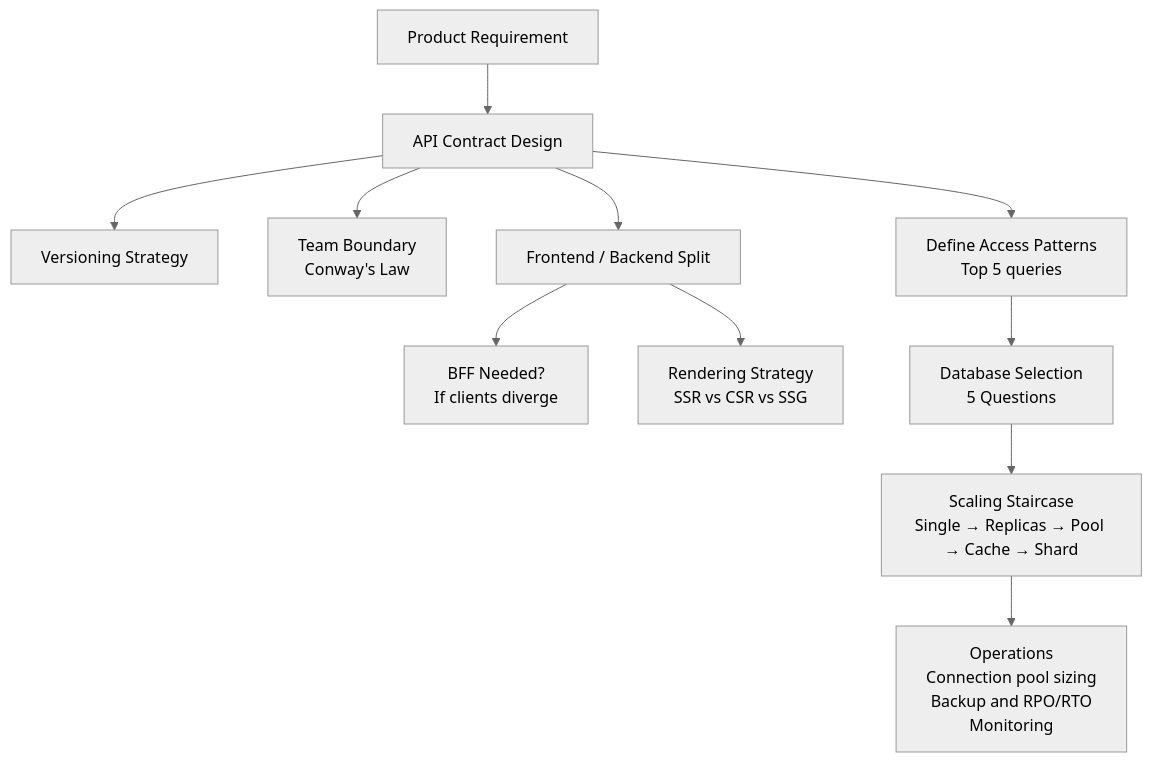
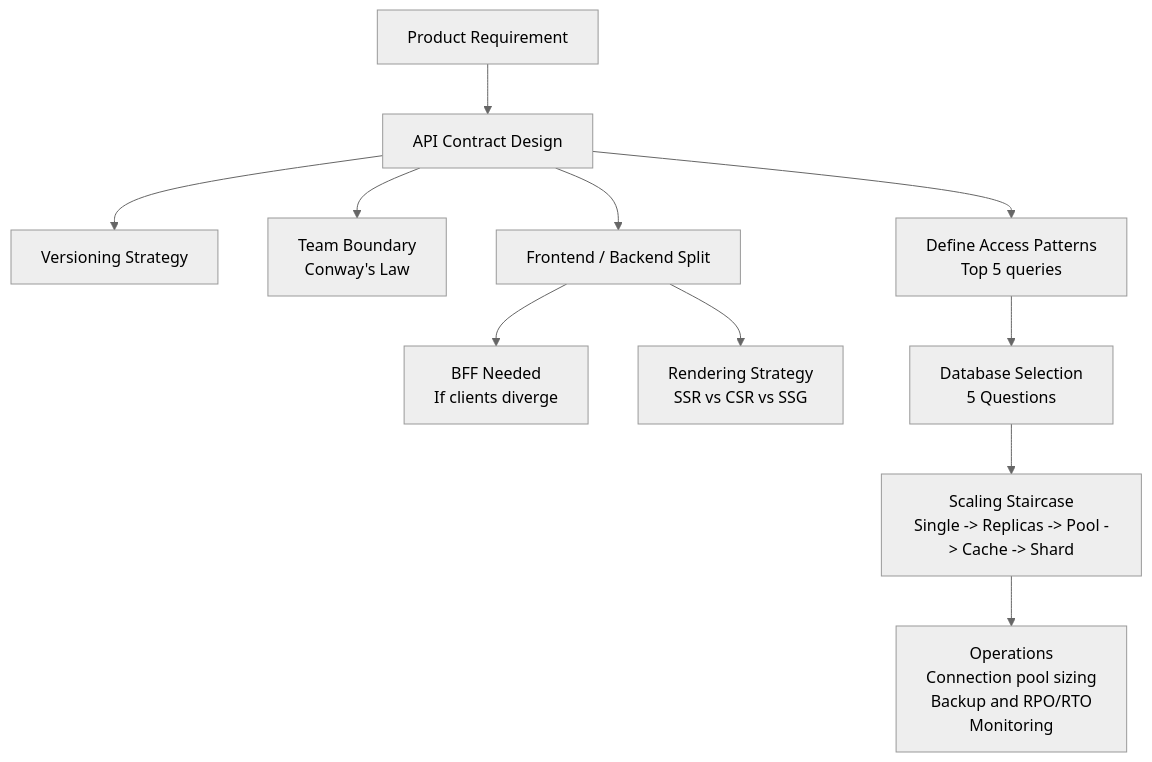
One commit to ranjeetnegi/System-Design-for-Staff-SWE changed diagram 17 of 17 in Section0/Chapter_2_APIs_Frontend_Backend_DB.md. Above: the diagram before and after it, drawn with Mermaid (neutral theme). The commit also changed other lines of this file and 11 other files, not shown here.

````diff
--- a/Section0/Chapter_2_APIs_Frontend_Backend_DB.md
+++ b/Section0/Chapter_2_APIs_Frontend_Backend_DB.md
@@ -1852,16 +1852,16 @@
 ```mermaid
 flowchart TD
     REQ[Product Requirement] --> APC[API Contract Design]
     APC --> VER[Versioning Strategy]
     APC --> BOUND[Team Boundary\nConway's Law]
     APC --> FEBE[Frontend / Backend Split]
 
-    FEBE --> BFF[BFF Needed?\nIf clients diverge]
+    FEBE --> BFF[BFF Needed \nIf clients diverge]
     FEBE --> RENDER[Rendering Strategy\nSSR vs CSR vs SSG]
 
     APC --> DBAP[Define Access Patterns\nTop 5 queries]
     DBAP --> DBSEL[Database Selection\n5 Questions]
-    DBSEL --> SCALE[Scaling Staircase\nSingle → Replicas → Pool → Cache → Shard]
+    DBSEL --> SCALE[Scaling Staircase\nSingle -> Replicas -> Pool -> Cache -> Shard]
 
     SCALE --> OPS[Operations\nConnection pool sizing\nBackup and RPO/RTO\nMonitoring]
 ```
````
